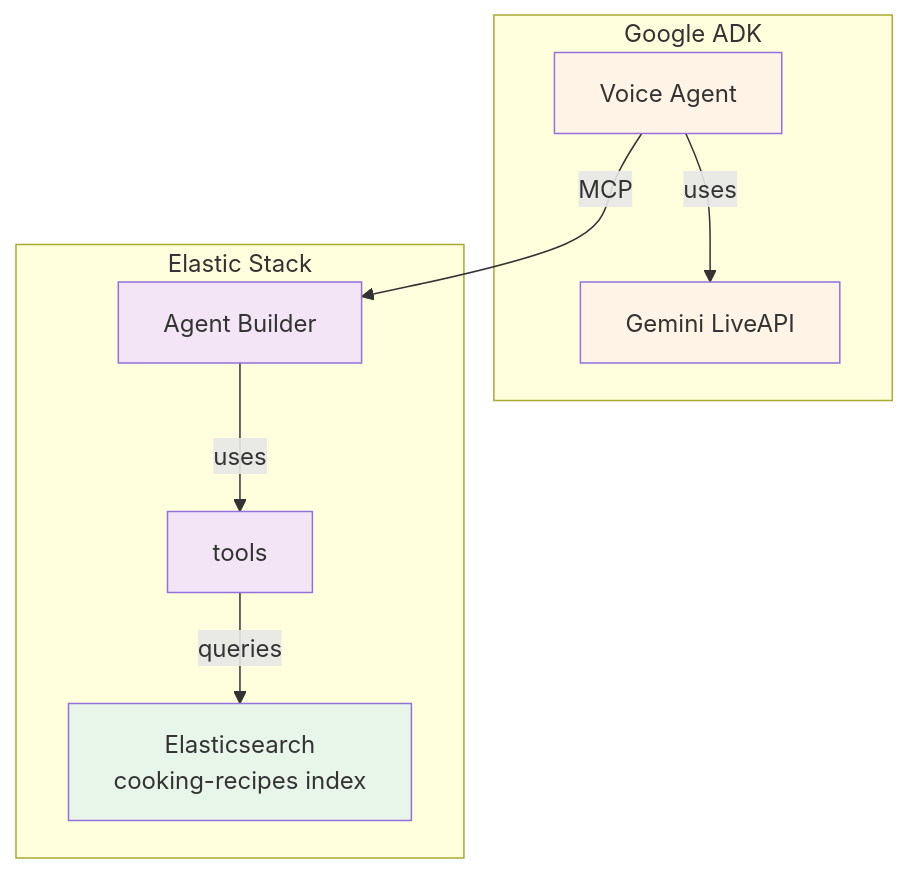
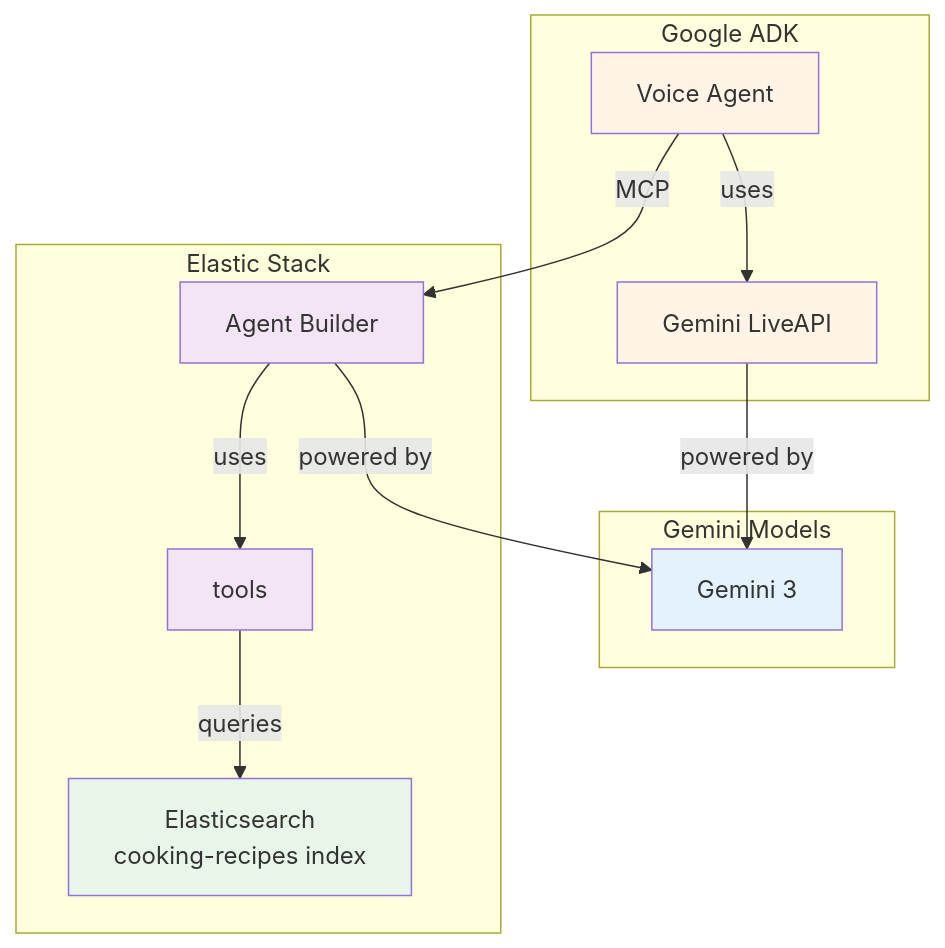
The diagram in diagrams.md (Delacrobix/google-adk-agent-builder-python), drawn with Mermaid before and after one commit.

Commit message:
diagrams changed

````diff
--- a/diagrams.md
+++ b/diagrams.md
@@ -1,24 +1,31 @@
 ```mermaid
 graph TB
     subgraph Google["Google ADK"]
         VA[Voice Agent]
         Live[Gemini LiveAPI]
+    end
+
+    subgraph Gemini["Gemini Models"]
+        G3[Gemini 3]
     end
 
     subgraph Elastic["Elastic Stack"]
         AB[Agent Builder]
         Tool[tools]
         ES[Elasticsearch<br/>cooking-recipes index]
     end
 
     VA -->|uses| Live
+    Live -->|powered by| G3
     VA -->|MCP| AB
+    AB -->|powered by| G3
     AB -->|uses| Tool
     Tool -->|queries| ES
 
     style VA fill:#fff4e6
     style Live fill:#fff4e6
+    style G3 fill:#e3f2fd
     style AB fill:#f3e5f5
     style Tool fill:#f3e5f5
     style ES fill:#e8f5e9
 ```
````
